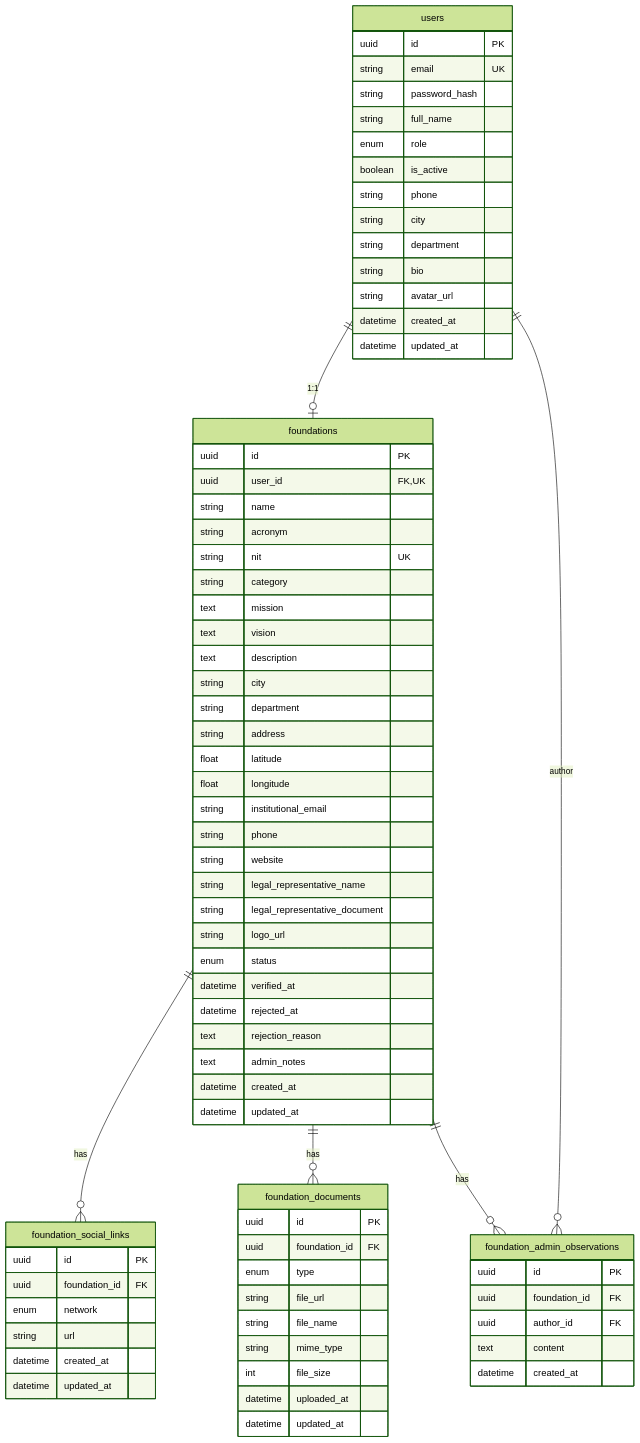
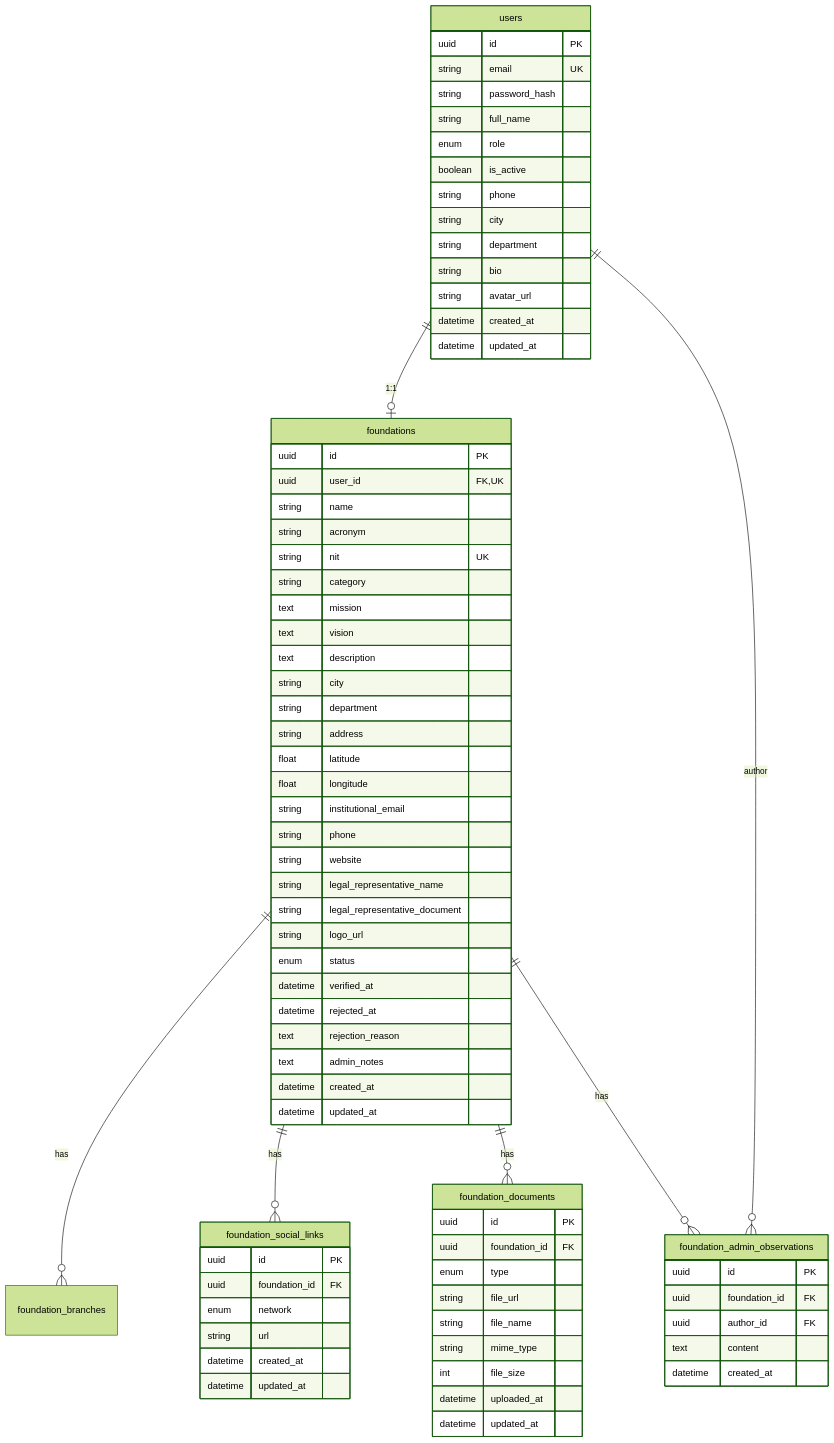
One commit to Ayudandonos/Ayudandonos_Backend changed the diagram in docs/DATABASE.md. Above: the diagram before and after it, drawn with Mermaid (forest theme). The commit also changed other lines of this file and 69 other files, not shown here.

````diff
--- a/docs/DATABASE.md
+++ b/docs/DATABASE.md
@@ -9,6 +9,7 @@
 ```mermaid
 erDiagram
   users ||--o| foundations : "1:1"
+  foundations ||--o{ foundation_branches : "has"
   foundations ||--o{ foundation_social_links : "has"
   foundations ||--o{ foundation_documents : "has"
   foundations ||--o{ foundation_admin_observations : "has"
````
